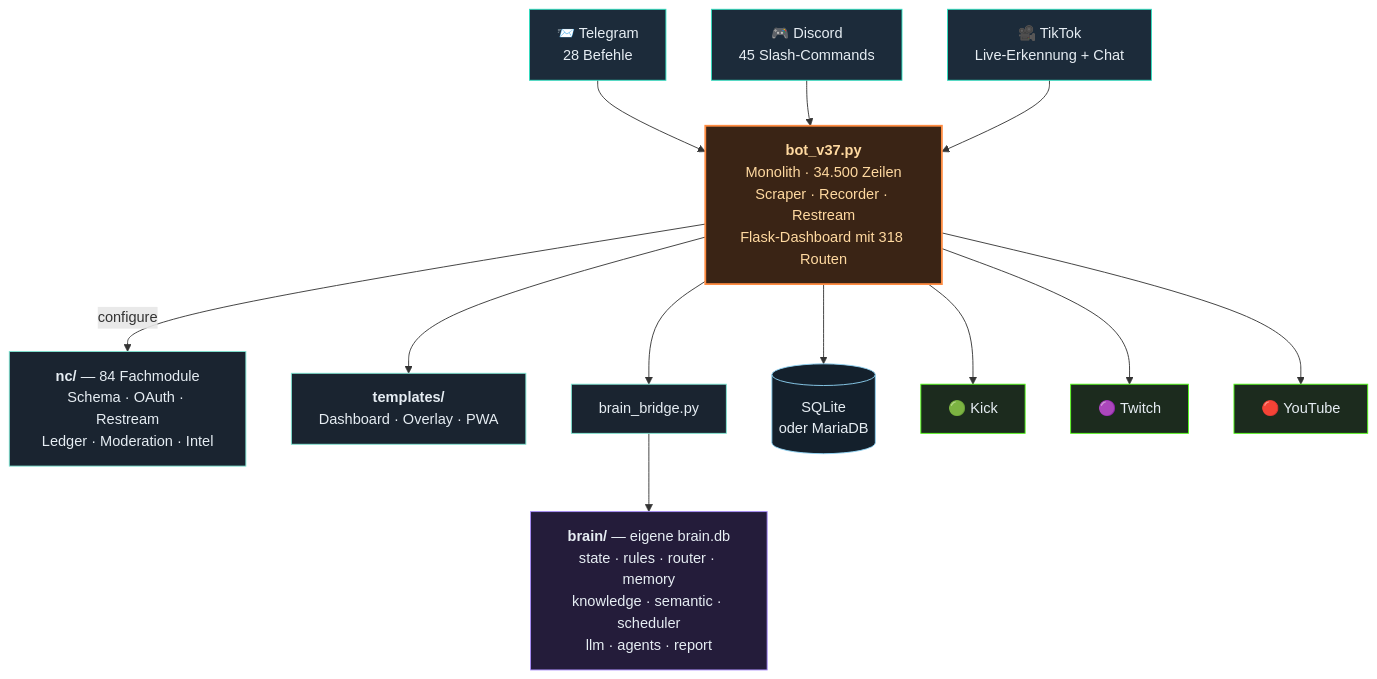
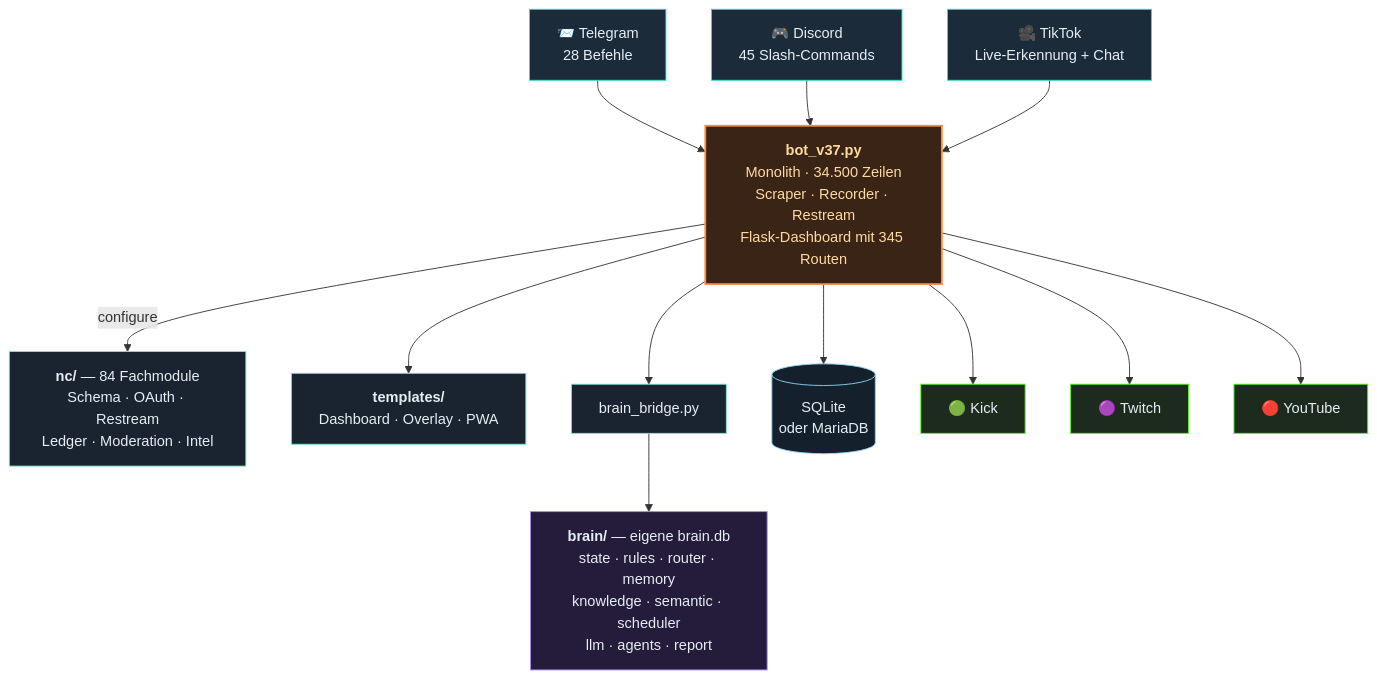
One commit to itsamemedev/Telegram-Stream-Info-Bot changed the third of 4 diagrams in README.md. Above: the diagram before and after it, drawn with Mermaid. The commit also changed other lines of this file and 8 other files, not shown here.

````diff
--- a/README.md
+++ b/README.md
@@ -174,29 +174,29 @@
 ```mermaid
 flowchart TB
     TG["📨 Telegram<br/>28 Befehle"]:::in
     DC["🎮 Discord<br/>45 Slash-Commands"]:::in
     TT["🎥 TikTok<br/>Live-Erkennung + Chat"]:::in
 
     TG --> BOT
     DC --> BOT
     TT --> BOT
 
-    BOT["<b>bot_v37.py</b><br/>Monolith · 34.500 Zeilen<br/>Scraper · Recorder · Restream<br/>Flask-Dashboard mit 318 Routen"]:::core
+    BOT["<b>bot_v37.py</b><br/>Monolith · 34.500 Zeilen<br/>Scraper · Recorder · Restream<br/>Flask-Dashboard mit 345 Routen"]:::core
 
     BOT -->|configure| NC["<b>nc/</b> — 84 Fachmodule<br/>Schema · OAuth · Restream<br/>Ledger · Moderation · Intel"]:::lib
     BOT --> TPL["<b>templates/</b><br/>Dashboard · Overlay · PWA"]:::lib
     BOT --> BR["brain_bridge.py"]:::lib
     BR --> BRAIN["<b>brain/</b> — eigene brain.db<br/>state · rules · router · memory<br/>knowledge · semantic · scheduler<br/>llm · agents · report"]:::brain
     BOT --> DB[("SQLite<br/>oder MariaDB")]:::db
 
     BOT --> KICK["🟢 Kick"]:::out
     BOT --> TW["🟣 Twitch"]:::out
     BOT --> YT["🔴 YouTube"]:::out
 
     classDef in fill:#1c2b3a,stroke:#2de1c2,color:#e6edf3
     classDef core fill:#3a2415,stroke:#ff8c42,stroke-width:2px,color:#ffd9a0
     classDef lib fill:#1a2430,stroke:#7fe7d4,color:#e6edf3
     classDef brain fill:#241c3a,stroke:#a78bfa,color:#e6edf3
     classDef db fill:#14202c,stroke:#8fd3f4,color:#e6edf3
     classDef out fill:#1c2b1e,stroke:#53fc18,color:#e6edf3
 ```
````
